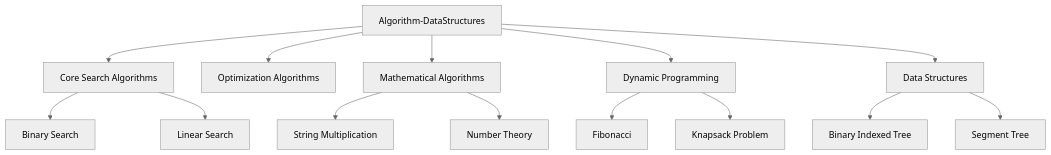
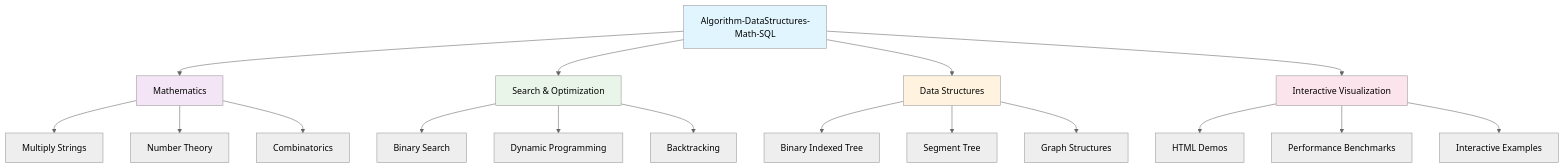
The first of 7 diagrams in README.md (myoshi2891/Algorithm-DataStructures-Math-SQL), drawn with Mermaid (neutral theme) before and after one commit. The commit also changed other lines of this file, not shown here.

````diff
--- a/README.md
+++ b/README.md
@@ -23,20 +27,29 @@
 ```mermaid
-graph TD
-    A[Algorithm-DataStructures] --> B[Core Search Algorithms]
-    A --> C[Optimization Algorithms]
-    A --> D[Mathematical Algorithms]
-    A --> E[Dynamic Programming]
-    A --> F[Data Structures]
+graph TB
+    A[Algorithm-DataStructures-Math-SQL] --> B[Mathematics]
+    A --> C[Search & Optimization]
+    A --> D[Data Structures]
+    A --> E[Interactive Visualization]
     
-    B --> G[Binary Search]
-    B --> H[Linear Search]
+    B --> B1[Multiply Strings]
+    B --> B2[Number Theory]
+    B --> B3[Combinatorics]
     
-    D --> I[String Multiplication]
-    D --> J[Number Theory]
+    C --> C1[Binary Search]
+    C --> C2[Dynamic Programming]
+    C --> C3[Backtracking]
     
-    E --> K[Fibonacci]
-    E --> L[Knapsack Problem]
+    D --> D1[Binary Indexed Tree]
+    D --> D2[Segment Tree]
+    D --> D3[Graph Structures]
     
-    F --> M[Binary Indexed Tree]
-    F --> N[Segment Tree]
+    E --> E1[HTML Demos]
+    E --> E2[Performance Benchmarks]
+    E --> E3[Interactive Examples]
+    
+    style A fill:#e1f5fe
+    style B fill:#f3e5f5
+    style C fill:#e8f5e8
+    style D fill:#fff3e0
+    style E fill:#fce4ec
 ```
````
